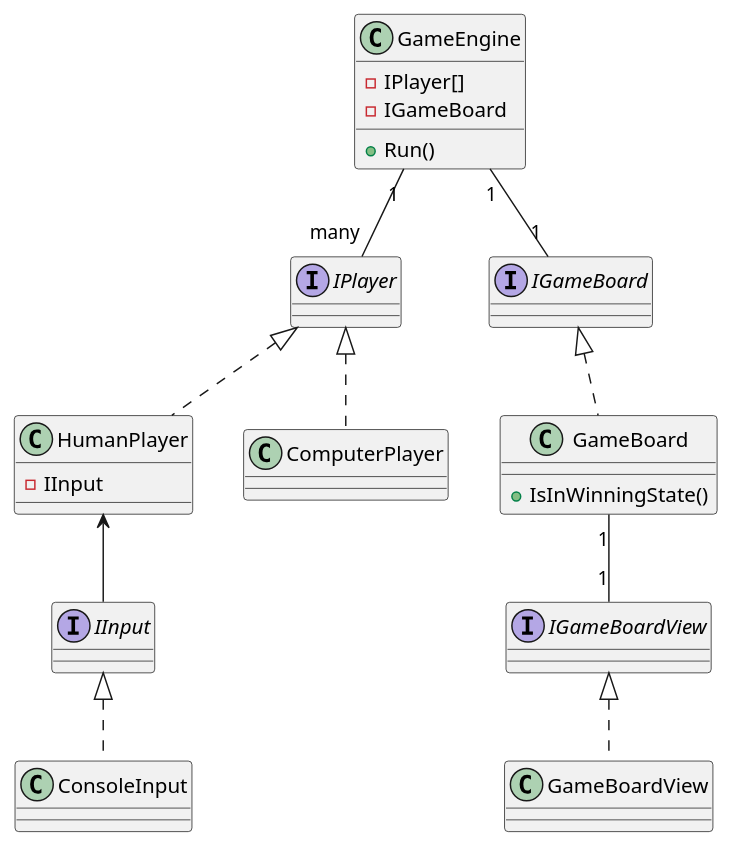
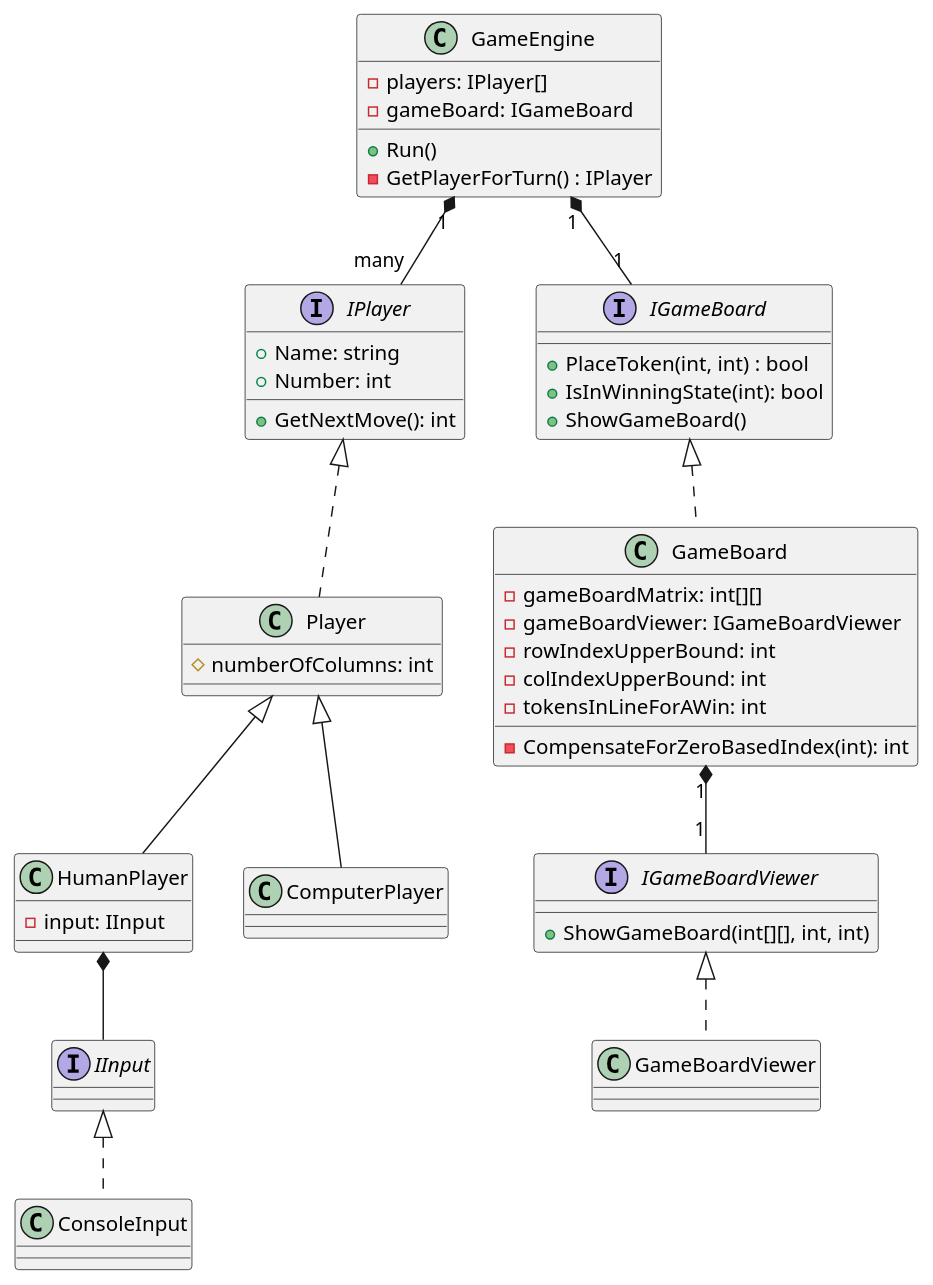
One commit to Lee245/ConnectFour changed the diagram in umldiagram.wsd. Above: the diagram before and after it, drawn with PlantUML. The commit also changed 5 other files, not shown here.

Commit message:
Refactored solution and added UML diagram

```diff
--- a/umldiagram.wsd
+++ b/umldiagram.wsd
@@ -1,46 +1,63 @@
 @startuml ConnectFour
 
 class GameEngine {
-    -IPlayer[]
-    -IGameBoard
+    -players: IPlayer[]
+    -gameBoard: IGameBoard
     +Run()
+    -GetPlayerForTurn() : IPlayer
 }
 
-interface IPlayer
+interface IPlayer {
+    +Name: string
+    +Number: int
+    +GetNextMove(): int
+}
+class Player {
+    #numberOfColumns: int
+}
 class HumanPlayer {
-    -IInput
+    -input: IInput
 }
 class ComputerPlayer
 interface IInput
 class ConsoleInput
 
 interface IGameBoard {
-
+    +PlaceToken(int, int) : bool
+    +IsInWinningState(int): bool
+    +ShowGameBoard()
 }
 
 class GameBoard {
-    +IsInWinningState()
+    -gameBoardMatrix: int[][]
+    -gameBoardViewer: IGameBoardViewer
+    -rowIndexUpperBound: int
+    -colIndexUpperBound: int
+    -tokensInLineForAWin: int
+    -CompensateForZeroBasedIndex(int): int
 }
 
-interface IGameBoardView {
-
+interface IGameBoardViewer {
+    +ShowGameBoard(int[][], int, int)
 }
 
-class GameBoardView {
+class GameBoardViewer {
 }
 
-GameEngine "1" -- "many" IPlayer
+GameEngine "1" *-- "many" IPlayer
 
-IPlayer <|.. HumanPlayer
-IPlayer <|.. ComputerPlayer
+IPlayer <|.. Player
 
-HumanPlayer <-- IInput
+Player <|-- HumanPlayer
+Player <|-- ComputerPlayer
+
+HumanPlayer *-- IInput
 IInput <|.. ConsoleInput
 
-GameEngine "1" -- "1" IGameBoard
+GameEngine "1" *-- "1" IGameBoard
 IGameBoard <|.. GameBoard
 
-GameBoard "1" -- "1" IGameBoardView
-IGameBoardView <|.. GameBoardView
+GameBoard "1" *-- "1" IGameBoardViewer
+IGameBoardViewer <|.. GameBoardViewer
 
 @enduml
```
